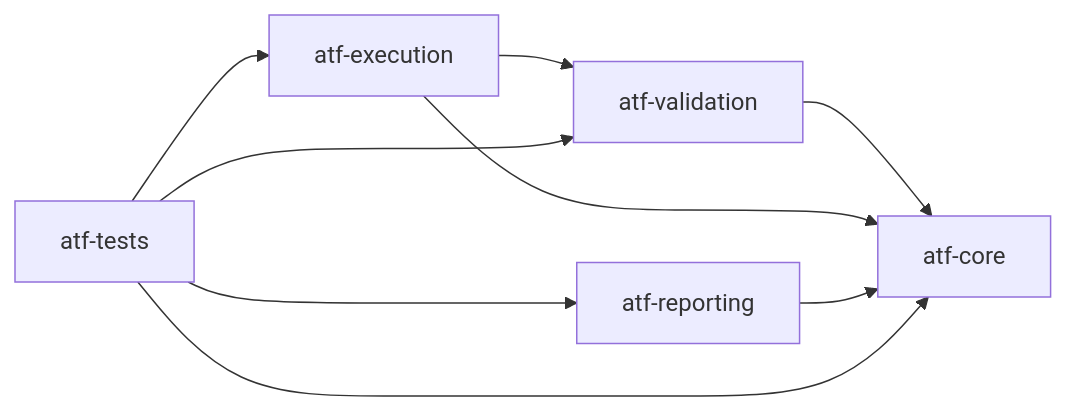
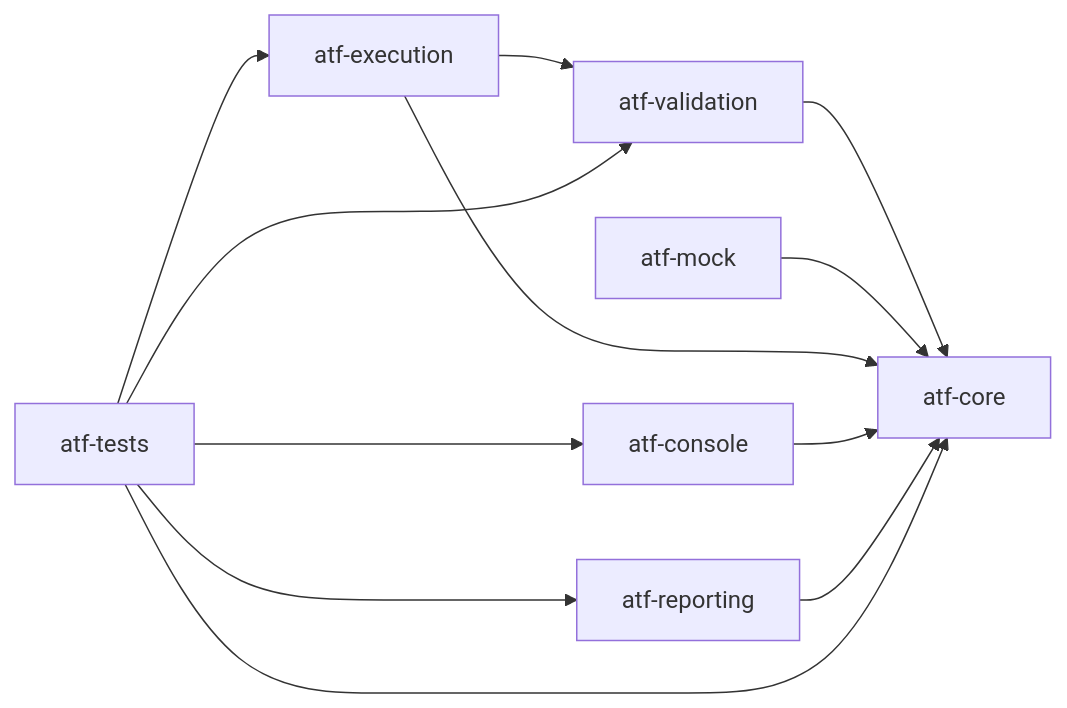
One commit to crististefanita/demo2 changed the third of 4 diagrams in README.md. Above: the diagram before and after it, drawn with Mermaid. The commit also changed other lines of this file and 124 other files, not shown here.

Commit message:
Add Java ATF console and mock parity modules

````diff
--- a/README.md
+++ b/README.md
@@ -106,11 +114,14 @@
 ```mermaid
 flowchart LR
     Validation[atf-validation] --> Core[atf-core]
+    Mock[atf-mock] --> Core
     Execution[atf-execution] --> Validation
     Execution --> Core
+    Console[atf-console] --> Core
     Reporting[atf-reporting] --> Core
     Tests[atf-tests] --> Execution
     Tests --> Validation
     Tests --> Reporting
+    Tests --> Console
     Tests --> Core
 ```
````
